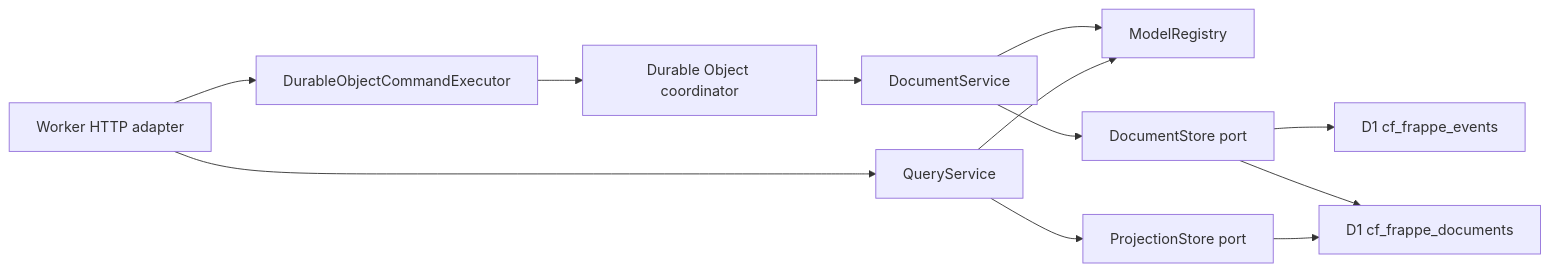
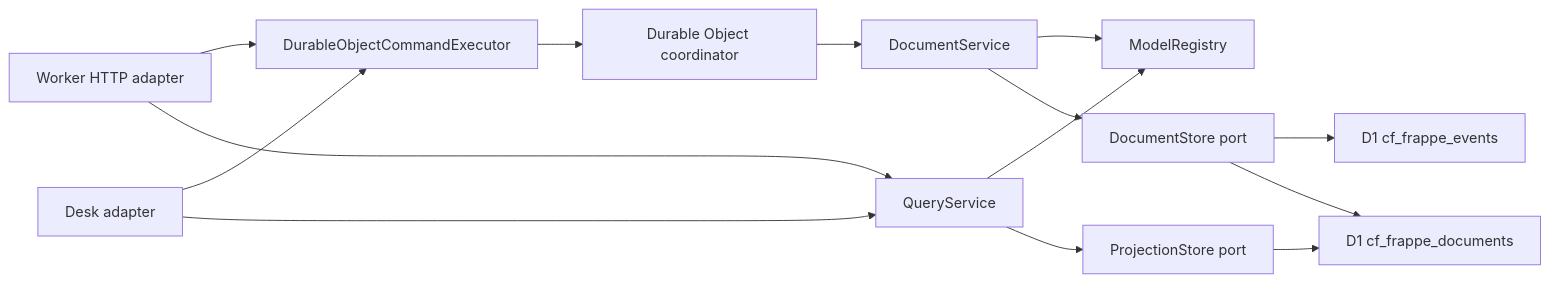
The diagram in README.md (victor-develop/cf-frappe), drawn with Mermaid before and after one commit. The commit also changed other lines of this file and 9 other files, not shown here.

````diff
--- a/README.md
+++ b/README.md
@@ -128,14 +141,16 @@
 ```mermaid
 flowchart LR
   HTTP["Worker HTTP adapter"] --> DOCLIENT["DurableObjectCommandExecutor"]
+  DESK["Desk adapter"] --> DOCLIENT
+  DESK --> QUERY
   DOCLIENT --> DO["Durable Object coordinator"]
   DO --> APP["DocumentService"]
   HTTP --> QUERY["QueryService"]
   APP --> REG["ModelRegistry"]
   QUERY --> REG
   APP --> STORE["DocumentStore port"]
   QUERY --> PS["ProjectionStore port"]
   STORE --> D1E["D1 cf_frappe_events"]
   STORE --> D1P["D1 cf_frappe_documents"]
   PS --> D1P
 ```
````
